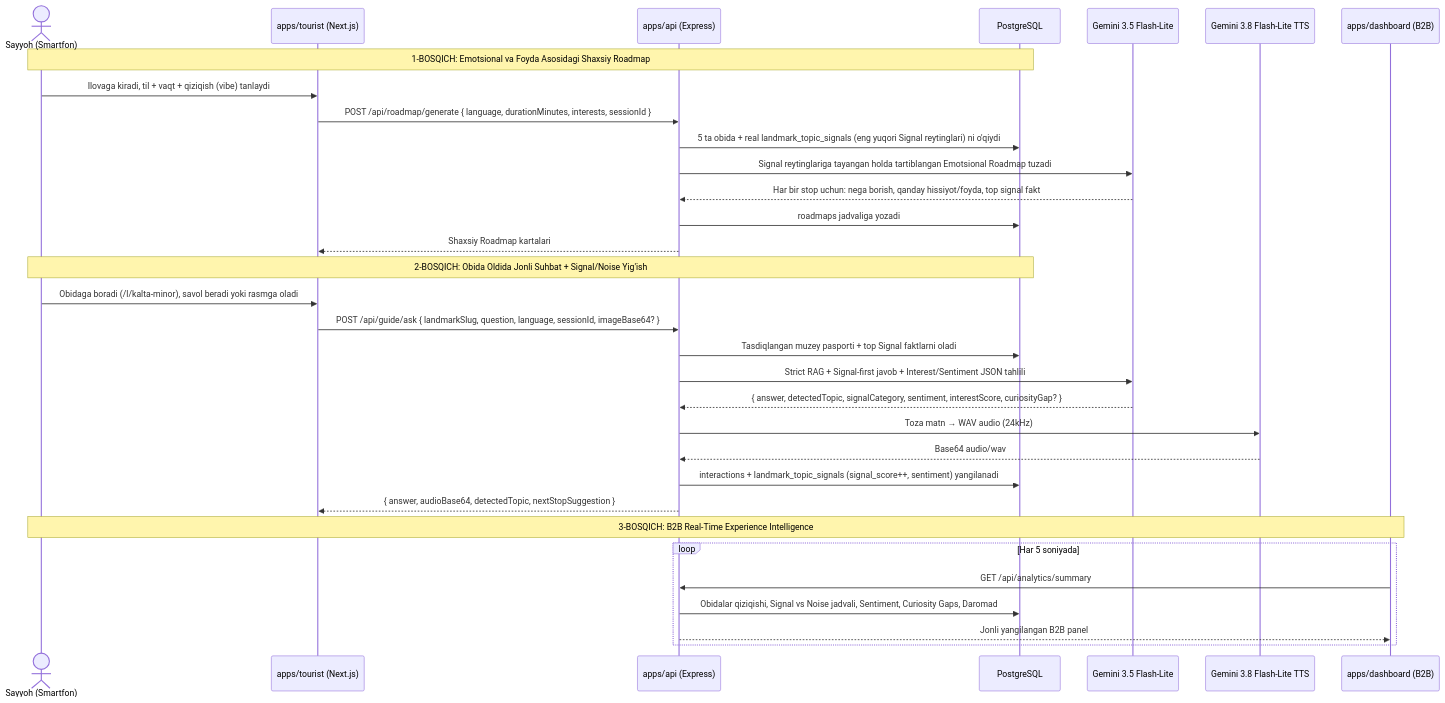
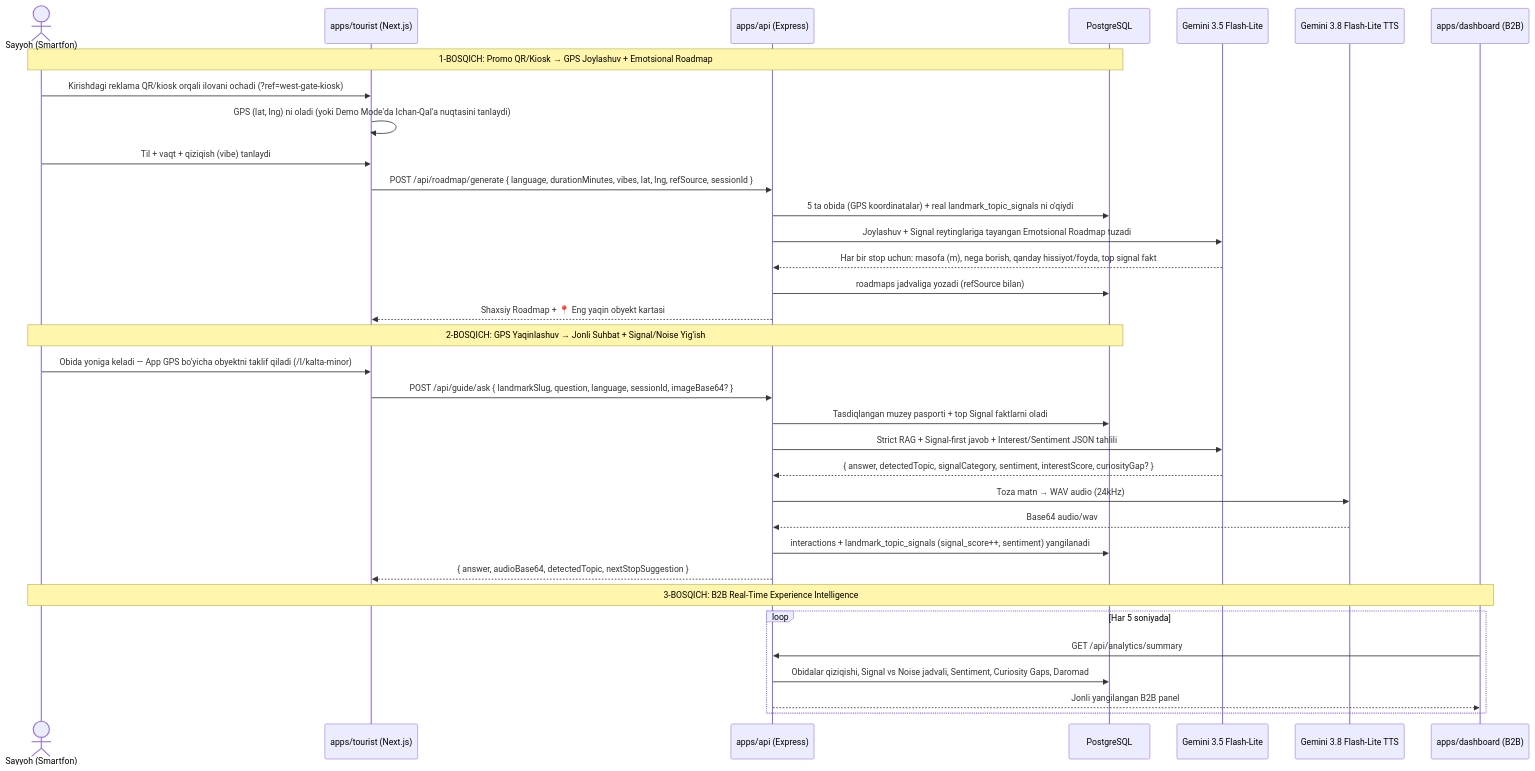
One commit to sfarruhbek/SmartGuide changed the second of 3 diagrams in documentation/ARCHITECTURE.md. Above: the diagram before and after it, drawn with Mermaid. The commit also changed other lines of this file and 11 other files, not shown here.

````diff
--- a/documentation/ARCHITECTURE.md
+++ b/documentation/ARCHITECTURE.md
@@ -41,37 +45,39 @@
 ```mermaid
 sequenceDiagram
     actor T as Sayyoh (Smartfon)
     participant PWA as apps/tourist (Next.js)
     participant API as apps/api (Express)
     participant DB as PostgreSQL
     participant AI as Gemini 3.5 Flash-Lite
     participant TTS as Gemini 3.8 Flash-Lite TTS
     participant DASH as apps/dashboard (B2B)
 
-    Note over T,DB: 1-BOSQICH: Emotsional va Foyda Asosidagi Shaxsiy Roadmap
-    T->>PWA: Ilovaga kiradi, til + vaqt + qiziqish (vibe) tanlaydi
-    PWA->>API: POST /api/roadmap/generate { language, durationMinutes, interests, sessionId }
-    API->>DB: 5 ta obida + real landmark_topic_signals (eng yuqori Signal reytinglari) ni o'qiydi
-    API->>AI: Signal reytinglariga tayangan holda tartiblangan Emotsional Roadmap tuzadi
-    AI-->>API: Har bir stop uchun: nega borish, qanday hissiyot/foyda, top signal fakt
-    API->>DB: roadmaps jadvaliga yozadi
-    API-->>PWA: Shaxsiy Roadmap kartalari
+    Note over T,DB: 1-BOSQICH: Promo QR/Kiosk → GPS Joylashuv + Emotsional Roadmap
+    T->>PWA: Kirishdagi reklama QR/kiosk orqali ilovani ochadi (?ref=west-gate-kiosk)
+    PWA->>PWA: GPS (lat, lng) ni oladi (yoki Demo Mode'da Ichan-Qal'a nuqtasini tanlaydi)
+    T->>PWA: Til + vaqt + qiziqish (vibe) tanlaydi
+    PWA->>API: POST /api/roadmap/generate { language, durationMinutes, vibes, lat, lng, refSource, sessionId }
+    API->>DB: 5 ta obida (GPS koordinatalar) + real landmark_topic_signals ni o'qiydi
+    API->>AI: Joylashuv + Signal reytinglariga tayangan Emotsional Roadmap tuzadi
+    AI-->>API: Har bir stop uchun: masofa (m), nega borish, qanday hissiyot/foyda, top signal fakt
+    API->>DB: roadmaps jadvaliga yozadi (refSource bilan)
+    API-->>PWA: Shaxsiy Roadmap + 📍 Eng yaqin obyekt kartasi
 
-    Note over T,DB: 2-BOSQICH: Obida Oldida Jonli Suhbat + Signal/Noise Yig'ish
-    T->>PWA: Obidaga boradi (/l/kalta-minor), savol beradi yoki rasmga oladi
+    Note over T,DB: 2-BOSQICH: GPS Yaqinlashuv → Jonli Suhbat + Signal/Noise Yig'ish
+    T->>PWA: Obida yoniga keladi — App GPS bo'yicha obyektni taklif qiladi (/l/kalta-minor)
     PWA->>API: POST /api/guide/ask { landmarkSlug, question, language, sessionId, imageBase64? }
     API->>DB: Tasdiqlangan muzey pasporti + top Signal faktlarni oladi
     API->>AI: Strict RAG + Signal-first javob + Interest/Sentiment JSON tahlili
     AI-->>API: { answer, detectedTopic, signalCategory, sentiment, interestScore, curiosityGap? }
     API->>TTS: Toza matn → WAV audio (24kHz)
     TTS-->>API: Base64 audio/wav
     API->>DB: interactions + landmark_topic_signals (signal_score++, sentiment) yangilanadi
     API-->>PWA: { answer, audioBase64, detectedTopic, nextStopSuggestion }
 
     Note over T,DASH: 3-BOSQICH: B2B Real-Time Experience Intelligence
     loop Har 5 soniyada
         DASH->>API: GET /api/analytics/summary
         API->>DB: Obidalar qiziqishi, Signal vs Noise jadvali, Sentiment, Curiosity Gaps, Daromad
         API-->>DASH: Jonli yangilangan B2B panel
     end
 ```
````
